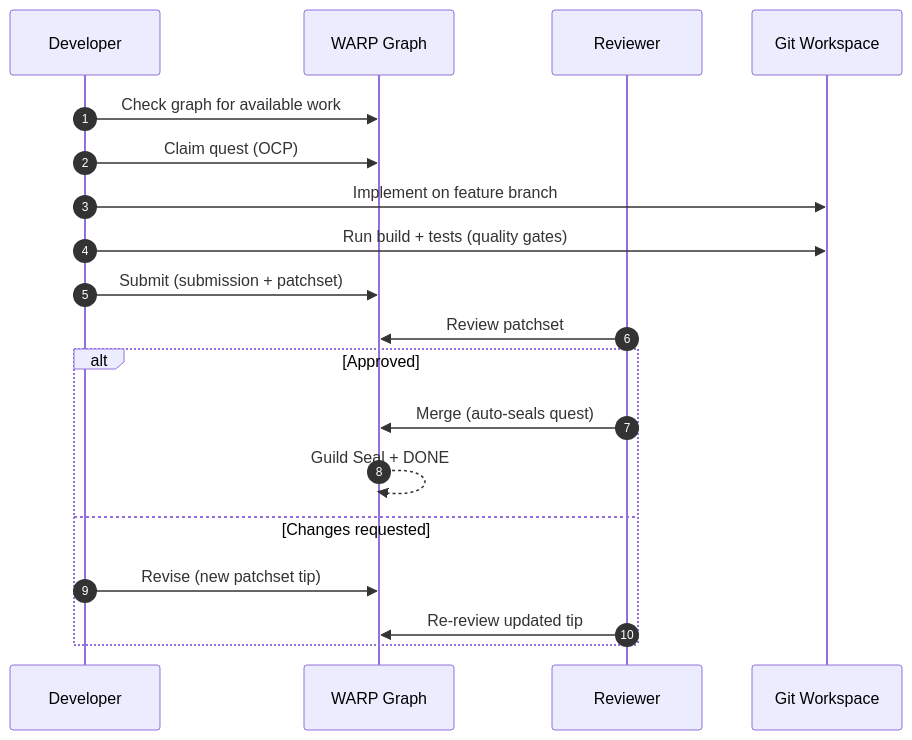
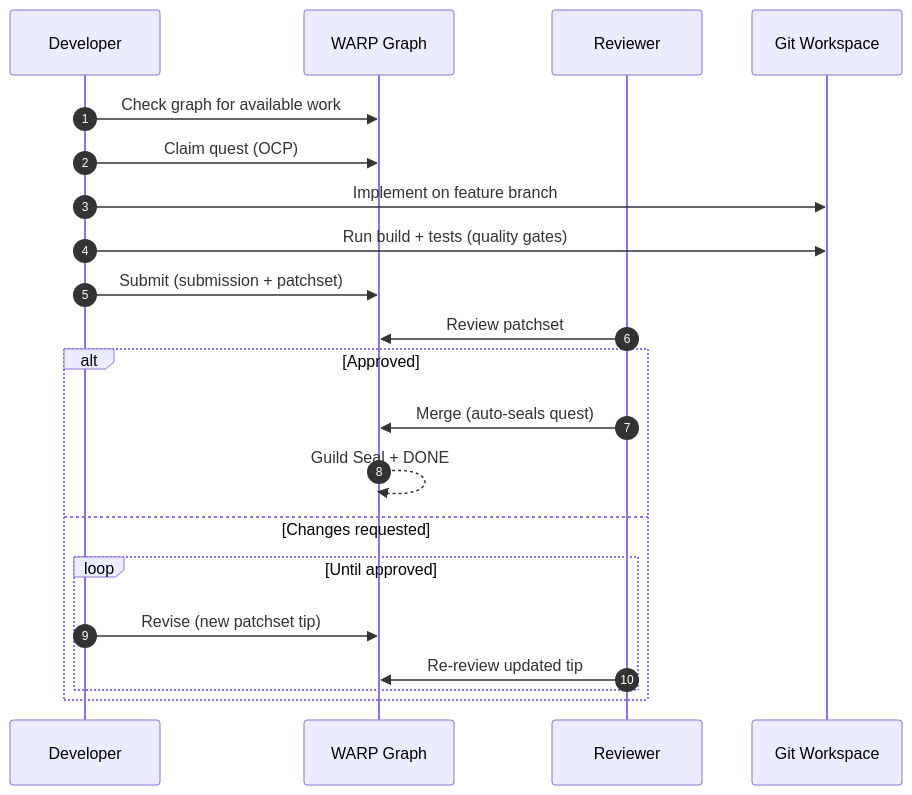
Before and after one commit to flyingrobots/xyph: the diagram in CONTRIBUTING.md, drawn with Mermaid. The commit also changed 8 other files, not shown here.

First line of the commit message:
fix: resolve review findings in Mermaid diagrams (WVR-006)

````diff
--- a/CONTRIBUTING.md
+++ b/CONTRIBUTING.md
@@ -48,23 +48,25 @@
 ```mermaid
 sequenceDiagram
     autonumber
     participant Dev as Developer
     participant Warp as WARP Graph
     participant Rev as Reviewer
     participant Git as Git Workspace
 
     Dev->>Warp: Check graph for available work
     Dev->>Warp: Claim quest (OCP)
     Dev->>Git: Implement on feature branch
     Dev->>Git: Run build + tests (quality gates)
     Dev->>Warp: Submit (submission + patchset)
     Rev->>Warp: Review patchset
 
     alt Approved
         Rev->>Warp: Merge (auto-seals quest)
         Warp-->>Warp: Guild Seal + DONE
     else Changes requested
-        Dev->>Warp: Revise (new patchset tip)
-        Rev->>Warp: Re-review updated tip
+        loop Until approved
+            Dev->>Warp: Revise (new patchset tip)
+            Rev->>Warp: Re-review updated tip
+        end
     end
 ```
````
